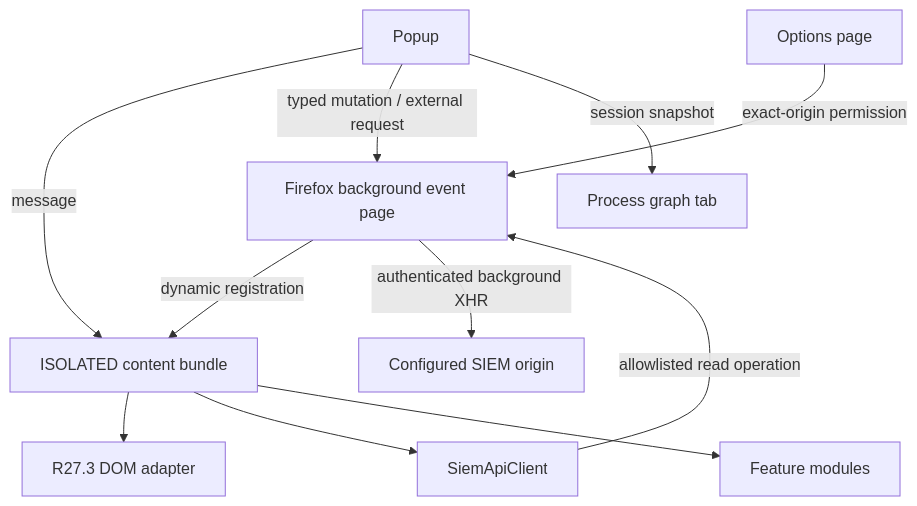
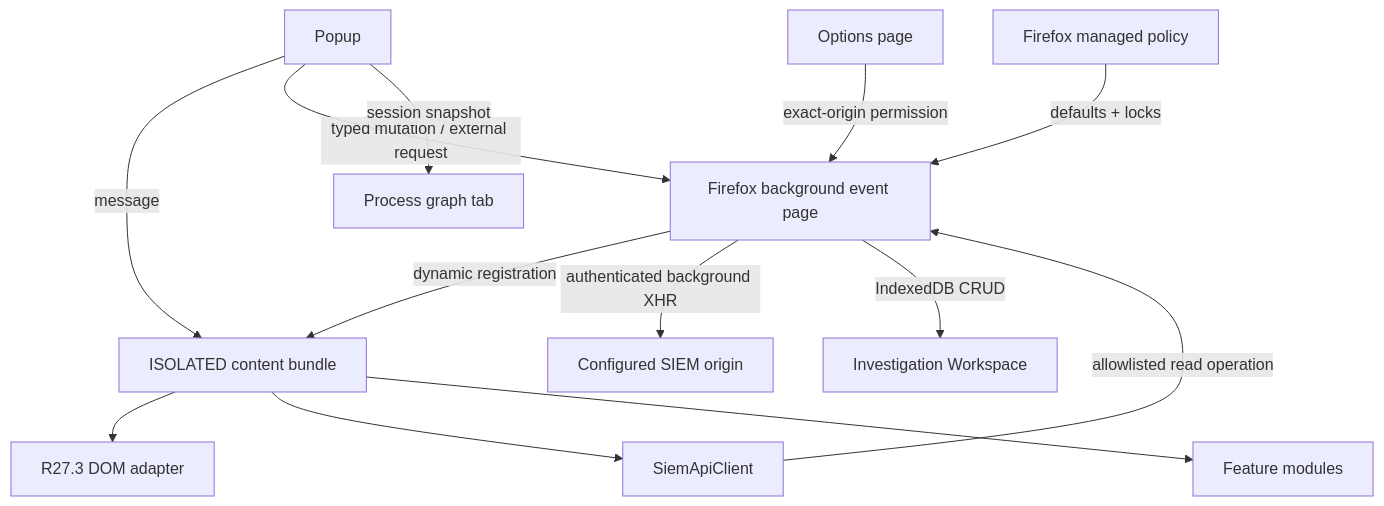
The diagram in docs/CURRENT_ARCHITECTURE.md (ISAIandCO/ApePatrol), drawn with Mermaid before and after one commit. The commit also changed other lines of this file and 8 other files, not shown here.

````diff
--- a/docs/CURRENT_ARCHITECTURE.md
+++ b/docs/CURRENT_ARCHITECTURE.md
@@ -16,13 +16,15 @@
 ```mermaid
 flowchart TD
   O["Options page"] -->|"exact-origin permission"| B["Firefox background event page"]
   B -->|"dynamic registration"| C["ISOLATED content bundle"]
   C --> D["R27.3 DOM adapter"]
   C --> A["SiemApiClient"]
   A -->|"allowlisted read operation"| B
   B -->|"authenticated background XHR"| S["Configured SIEM origin"]
   C --> F["Feature modules"]
   P["Popup"] -->|"message"| C
   P -->|"typed mutation / external request"| B
   P -->|"session snapshot"| G["Process graph tab"]
+  B -->|"IndexedDB CRUD"| W["Investigation Workspace"]
+  M["Firefox managed policy"] -->|"defaults + locks"| B
 ```
````
